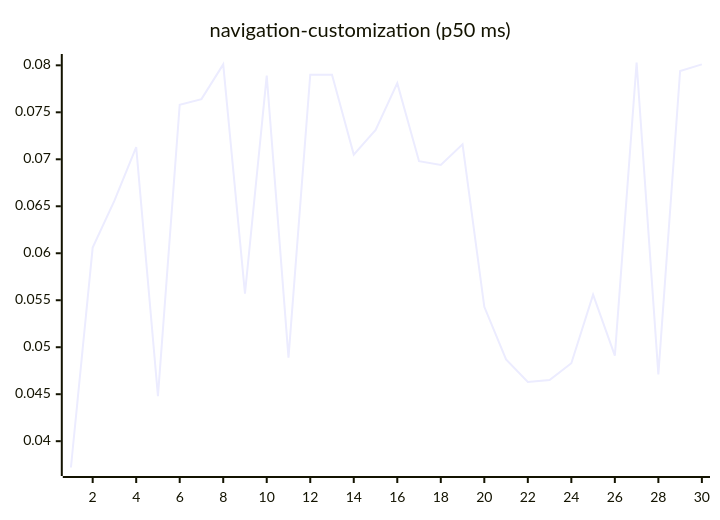
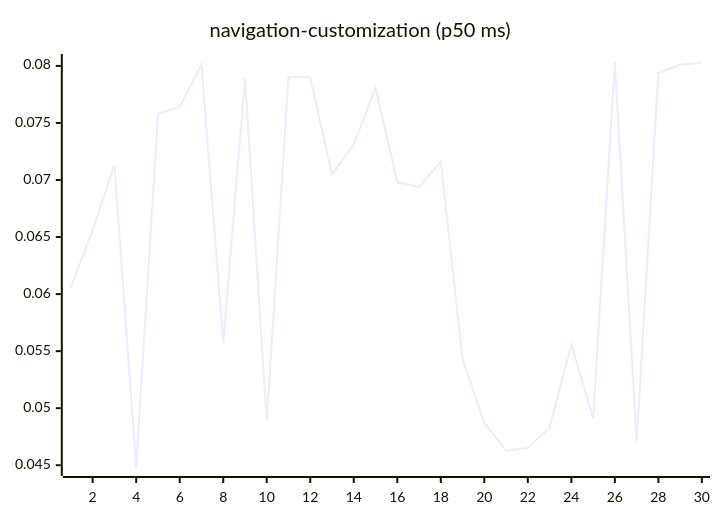
Diagram 15 of 27 in README.md (josha/Facet), drawn with Mermaid before and after one commit. The commit also changed other lines of this file and 2 other files, not shown here.

````diff
--- a/README.md
+++ b/README.md
@@ -161,6 +161,6 @@
 ```mermaid
 xychart-beta
     title "navigation-customization (p50 ms)"
     x-axis 1 --> 30
-    line [0.0372, 0.0606, 0.0656, 0.0713, 0.0448, 0.0758, 0.0764, 0.0801, 0.0557, 0.0789, 0.0489, 0.0790, 0.0790, 0.0705, 0.0731, 0.0781, 0.0698, 0.0694, 0.0716, 0.0543, 0.0487, 0.0463, 0.0465, 0.0483, 0.0556, 0.0491, 0.0803, 0.0471, 0.0794, 0.0801]
+    line [0.0606, 0.0656, 0.0713, 0.0448, 0.0758, 0.0764, 0.0801, 0.0557, 0.0789, 0.0489, 0.0790, 0.0790, 0.0705, 0.0731, 0.0781, 0.0698, 0.0694, 0.0716, 0.0543, 0.0487, 0.0463, 0.0465, 0.0483, 0.0556, 0.0491, 0.0803, 0.0471, 0.0794, 0.0801, 0.0803]
 ```
````
